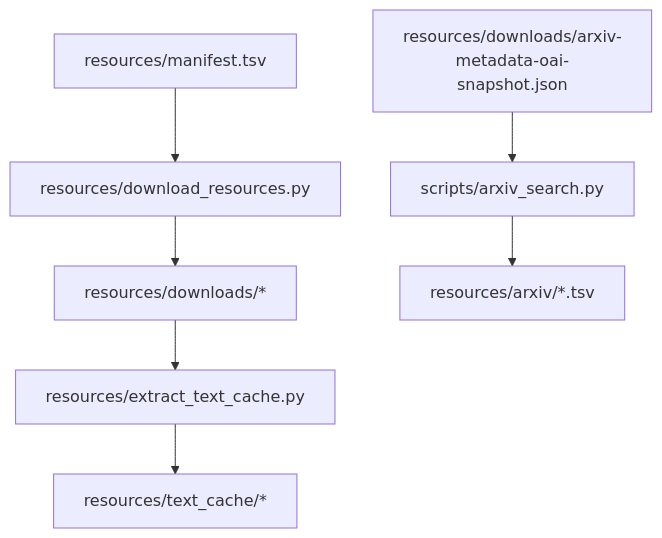
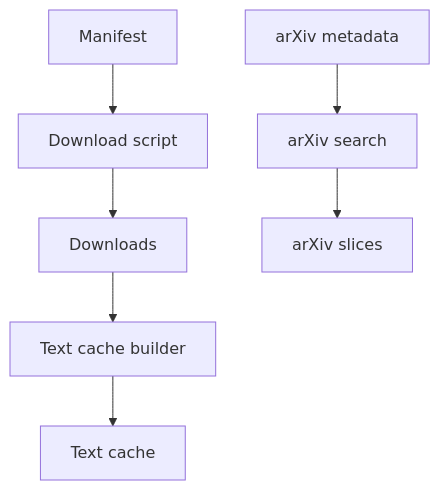
The sixth of 6 diagrams in ARCHITECTURE.md (Xopoko/Experiment-26_P_vs_NP), drawn with Mermaid before and after one commit. The commit also changed other lines of this file and 4 other files, not shown here.

````diff
--- a/ARCHITECTURE.md
+++ b/ARCHITECTURE.md
@@ -174,9 +170,9 @@
 ```mermaid
 graph TD
-  A[resources/manifest.tsv] --> B[resources/download_resources.py]
-  B --> C[resources/downloads/*]
-  C --> D[resources/extract_text_cache.py]
-  D --> E[resources/text_cache/*]
-  F[resources/downloads/arxiv-metadata-oai-snapshot.json] --> G[scripts/arxiv_search.py]
-  G --> H[resources/arxiv/*.tsv]
+  A[Manifest] --> B[Download script]
+  B --> C[Downloads]
+  C --> D[Text cache builder]
+  D --> E[Text cache]
+  F[arXiv metadata] --> G[arXiv search]
+  G --> H[arXiv slices]
 ```
````
